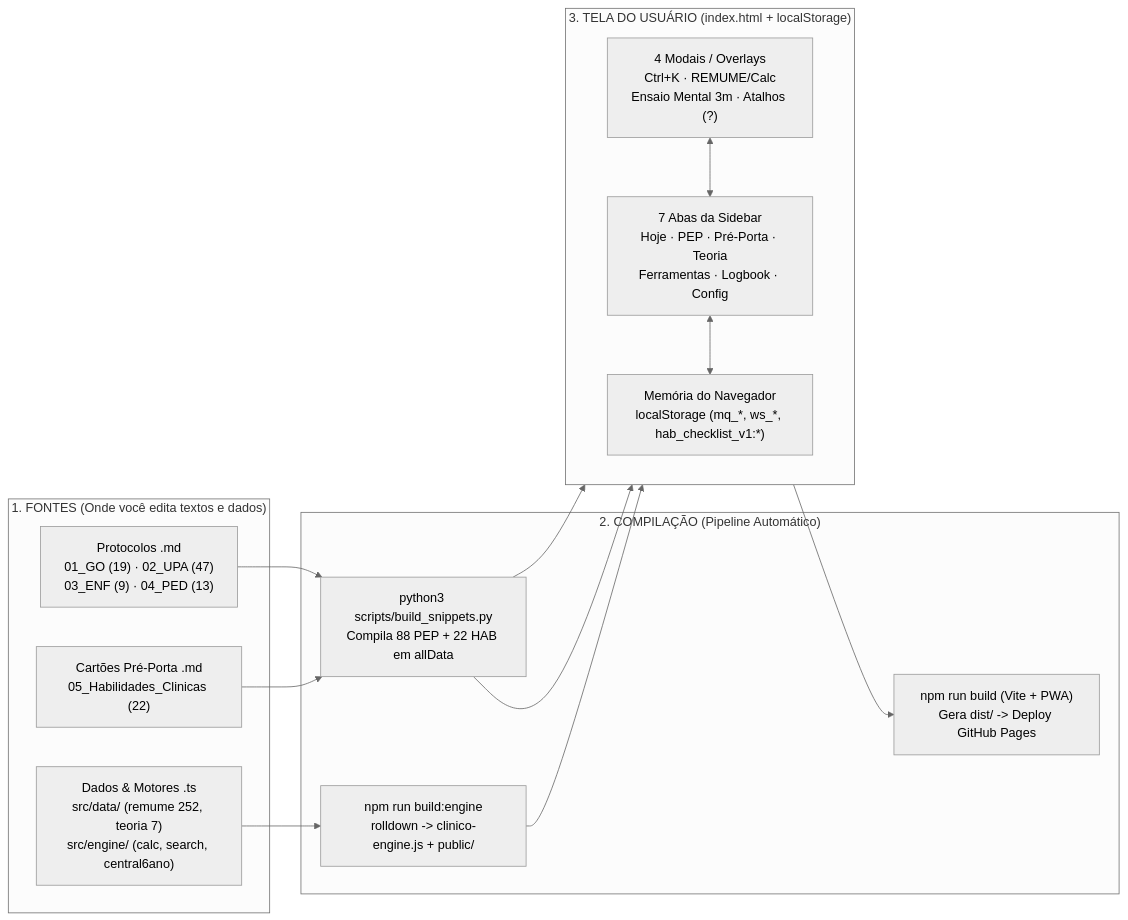
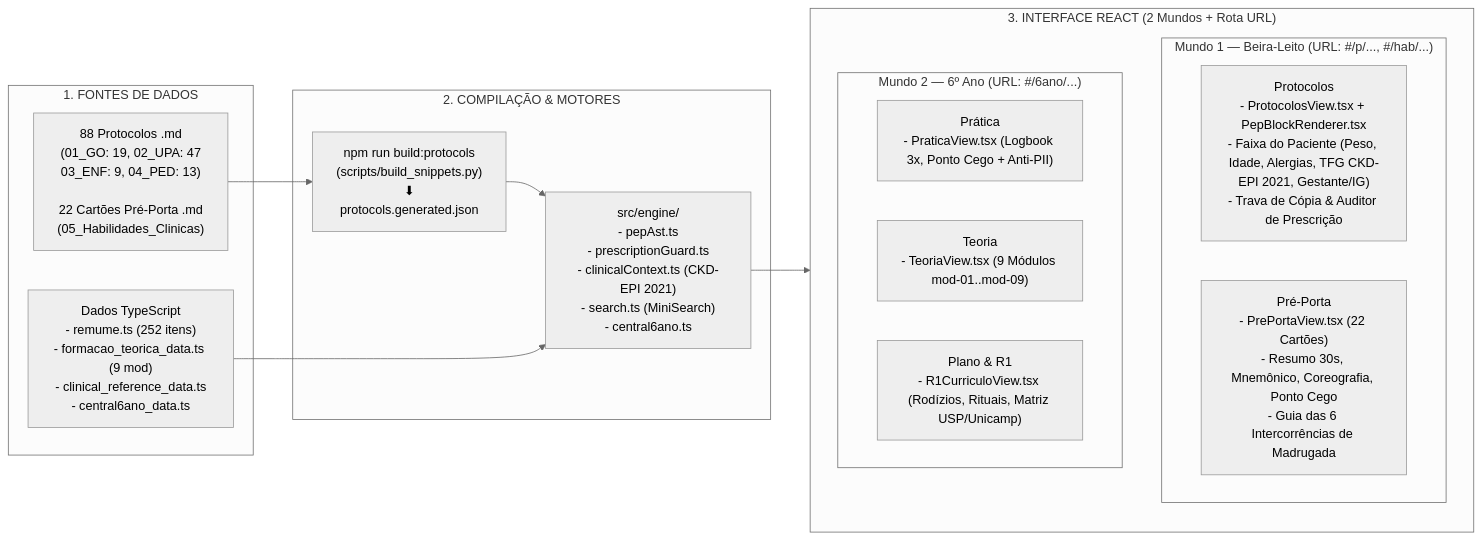
One commit to wagmmss/Novo-PEP changed the diagram in docs/ARQUITETURA_COCKPIT_EDITAVEL.md. Above: the diagram before and after it, drawn with Mermaid (neutral theme). The commit also changed other lines of this file and 20 other files, not shown here.

Commit message:
feat(cockpit): integrar CKD-EPI 2021, 6 Intercorrências, rotas por trigger, links bidirecionais e correções clínicas

````diff
--- a/docs/ARQUITETURA_COCKPIT_EDITAVEL.md
+++ b/docs/ARQUITETURA_COCKPIT_EDITAVEL.md
@@ -11,27 +11,29 @@
 ```mermaid
 flowchart LR
-  subgraph F["1. FONTES (Onde você edita textos e dados)"]
-    MD["Protocolos .md<br/>01_GO (19) · 02_UPA (47)<br/>03_ENF (9) · 04_PED (13)"]
-    HAB["Cartões Pré-Porta .md<br/>05_Habilidades_Clinicas (22)"]
-    TSDATA["Dados & Motores .ts<br/>src/data/ (remume 252, teoria 7)<br/>src/engine/ (calc, search, central6ano)"]
-  end
+    subgraph FONTES ["1. FONTES DE DADOS"]
+        MD["88 Protocolos .md<br/>(01_GO: 19, 02_UPA: 47<br/>03_ENF: 9, 04_PED: 13)<br/><br/>22 Cartões Pré-Porta .md<br/>(05_Habilidades_Clinicas)"]
+        TS["Dados TypeScript<br/>- remume.ts (252 itens)<br/>- formacao_teorica_data.ts (9 mod)<br/>- clinical_reference_data.ts<br/>- central6ano_data.ts"]
+    end
 
-  subgraph B["2. COMPILAÇÃO (Pipeline Automático)"]
-    PY["python3 scripts/build_snippets.py<br/>Compila 88 PEP + 22 HAB em allData"]
-    ROL["npm run build:engine<br/>rolldown -> clinico-engine.js + public/"]
-    VITE["npm run build (Vite + PWA)<br/>Gera dist/ -> Deploy GitHub Pages"]
-  end
+    subgraph MOTORES ["2. COMPILAÇÃO & MOTORES"]
+        BUILD["npm run build:protocols<br/>(scripts/build_snippets.py)<br/>⬇<br/>protocols.generated.json"]
+        ENGINE["src/engine/<br/>- pepAst.ts<br/>- prescriptionGuard.ts<br/>- clinicalContext.ts (CKD-EPI 2021)<br/>- search.ts (MiniSearch)<br/>- central6ano.ts"]
+    end
 
-  subgraph UI["3. TELA DO USUÁRIO (index.html + localStorage)"]
-    ABAS["7 Abas da Sidebar<br/>Hoje · PEP · Pré-Porta · Teoria<br/>Ferramentas · Logbook · Config"]
-    MODAIS["4 Modais / Overlays<br/>Ctrl+K · REMUME/Calc<br/>Ensaio Mental 3m · Atalhos (?)"]
-    LS["Memória do Navegador<br/>localStorage (mq_*, ws_*, hab_checklist_v1:*)"]
-  end
+    subgraph INTERFACE ["3. INTERFACE REACT (2 Mundos + Rota URL)"]
+        subgraph MUNDO1 ["Mundo 1 — Beira-Leito (URL: #/p/..., #/hab/...)"]
+            PROTO["Protocolos<br/>- ProtocolosView.tsx + PepBlockRenderer.tsx<br/>- Faixa do Paciente (Peso, Idade, Alergias, TFG CKD-EPI 2021, Gestante/IG)<br/>- Trava de Cópia & Auditor de Prescrição"]
+            PREPORTA["Pré-Porta<br/>- PrePortaView.tsx (22 Cartões)<br/>- Resumo 30s, Mnemônico, Coreografia, Ponto Cego<br/>- Guia das 6 Intercorrências de Madrugada"]
+        end
+        subgraph MUNDO2 ["Mundo 2 — 6º Ano (URL: #/6ano/...)"]
+            PRATICA["Prática<br/>- PraticaView.tsx (Logbook 3x, Ponto Cego + Anti-PII)"]
+            TEORIA["Teoria<br/>- TeoriaView.tsx (9 Módulos mod-01..mod-09)"]
+            PLANO["Plano & R1<br/>- R1CurriculoView.tsx (Rodízios, Rituais, Matriz USP/Unicamp)"]
+        end
+    end
 
-  MD --> PY --> UI
-  HAB --> PY --> UI
-  TSDATA --> ROL --> UI
-  UI --> VITE
-  ABAS <--> LS
-  MODAIS <--> ABAS
+    MD --> BUILD
+    BUILD --> ENGINE
+    TS --> ENGINE
+    ENGINE --> INTERFACE
 ```
````
